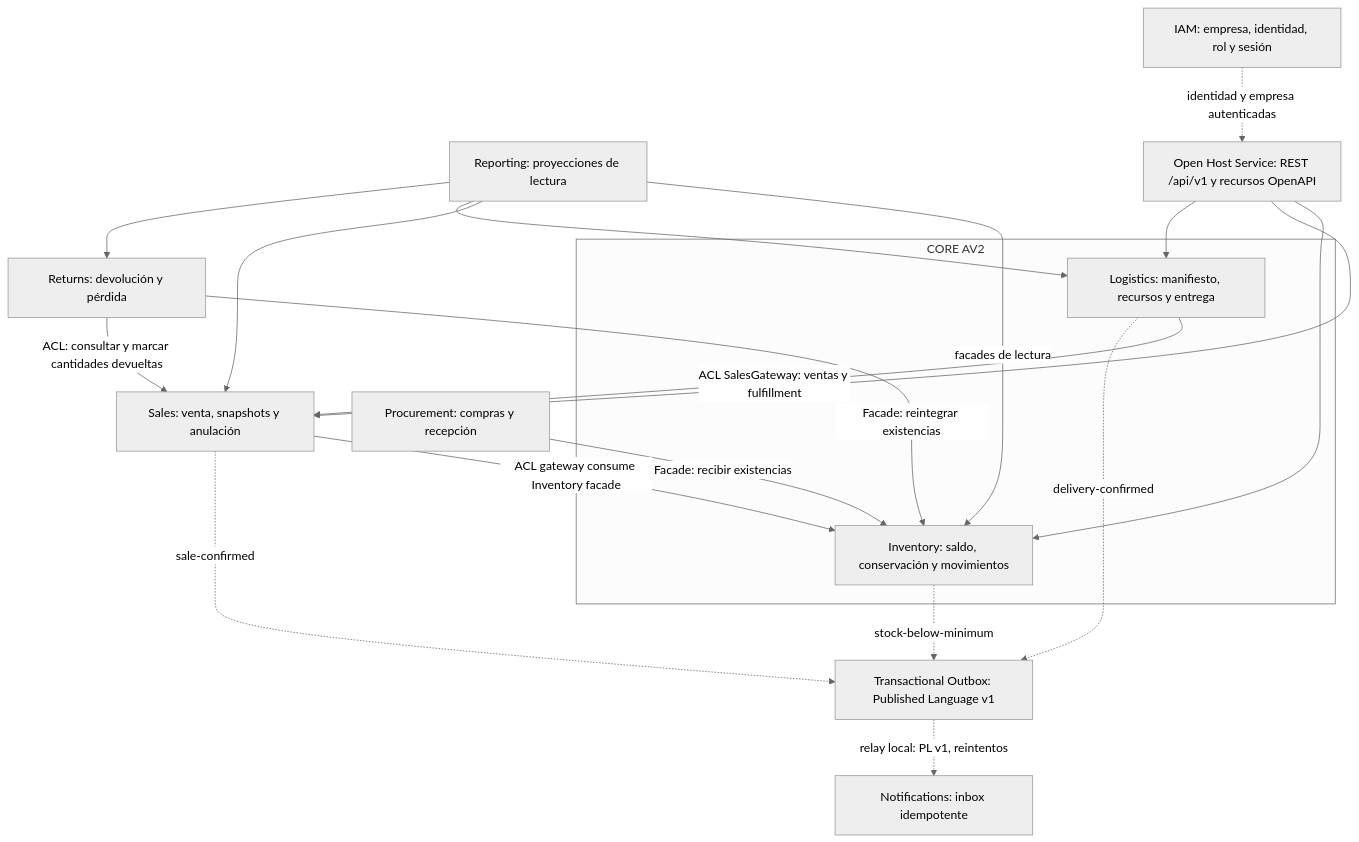
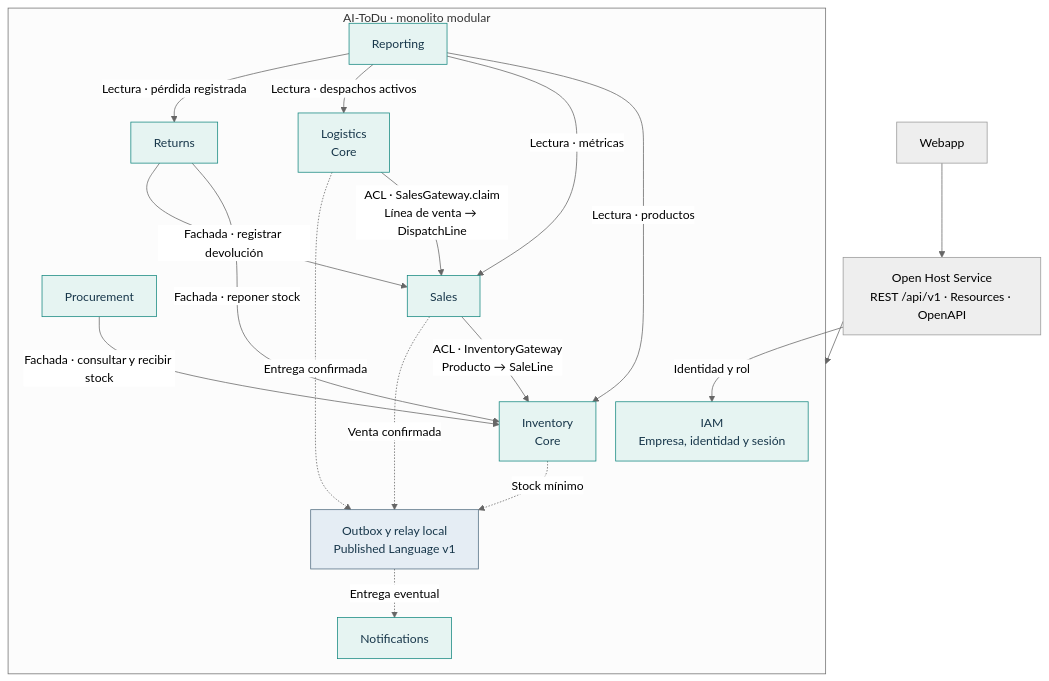
One commit to AI-ToDu/ai-todu-report changed the diagram in design/diagrams/context-map.mmd. Above: the diagram before and after it, drawn with Mermaid (neutral theme). The commit also changed 4 other files, not shown here.

First line of the commit message:
I distinguished ACLs, public facades, and Outbox delivery in the Context Map

```diff
--- a/design/diagrams/context-map.mmd
+++ b/design/diagrams/context-map.mmd
@@ -1,30 +1,36 @@
+---
+config:
+  flowchart:
+    nodeSpacing: 26
+    rankSpacing: 40
+---
 flowchart TB
- subgraph core["CORE AV2"]
- inventory["Inventory: saldo, conservación y movimientos"]
- logistics["Logistics: manifiesto, recursos y entrega"]
+ web["Webapp"] --> ohs["Open Host Service<br/>REST /api/v1 · Resources · OpenAPI"]
+ ohs --> platform
+ subgraph platform["AI-ToDu · monolito modular"]
+ inventory["Inventory<br/>Core"]:::context
+ logistics["Logistics<br/>Core"]:::context
+ procurement["Procurement"]:::context
+ sales["Sales"]:::context
+ returns["Returns"]:::context
+ reporting["Reporting"]:::context
+ notifications["Notifications"]:::context
+ iam["IAM<br/>Empresa, identidad y sesión"]:::context
+ outbox["Outbox y relay local<br/>Published Language v1"]:::integration
+ sales -->|"ACL · InventoryGateway<br/>Producto → SaleLine"| inventory
+ logistics -->|"ACL · SalesGateway.claim<br/>Línea de venta → DispatchLine"| sales
+ procurement -->|"Fachada · consultar y recibir stock"| inventory
+ returns -->|"Fachada · reponer stock"| inventory
+ returns -->|"Fachada · registrar devolución"| sales
+ reporting -->|"Lectura · productos"| inventory
+ reporting -->|"Lectura · métricas"| sales
+ reporting -->|"Lectura · despachos activos"| logistics
+ reporting -->|"Lectura · pérdida registrada"| returns
+ inventory -.->|"Stock mínimo"| outbox
+ sales -.->|"Venta confirmada"| outbox
+ logistics -.->|"Entrega confirmada"| outbox
+ outbox -.->|"Entrega eventual"| notifications
  end
- procurement["Procurement: compras y recepción"]
- sales["Sales: venta, snapshots y anulación"]
- returns["Returns: devolución y pérdida"]
- reporting["Reporting: proyecciones de lectura"]
- notifications["Notifications: inbox idempotente"]
- iam["IAM: empresa, identidad, rol y sesión"]
- ohs["Open Host Service: REST /api/v1 y recursos OpenAPI"]
- outbox["Transactional Outbox: Published Language v1"]
- sales -->|"ACL gateway consume Inventory facade"| inventory
- procurement -->|"Facade: recibir existencias"| inventory
- returns -->|"Facade: reintegrar existencias"| inventory
- returns -->|"ACL: consultar y marcar cantidades devueltas"| sales
- logistics -->|"ACL SalesGateway: ventas y fulfillment"| sales
- inventory -.->|"stock-below-minimum"| outbox
- sales -.->|"sale-confirmed"| outbox
- logistics -.->|"delivery-confirmed"| outbox
- outbox -.->|"relay local: PL v1, reintentos"| notifications
- reporting -->|"facades de lectura"| inventory
- reporting --> sales
- reporting --> logistics
- reporting --> returns
- ohs --> inventory
- ohs --> sales
- ohs --> logistics
- iam -.->|"identidad y empresa autenticadas"| ohs
+ ohs -->|"Identidad y rol"| iam
+ classDef context fill:#e6f4f2,stroke:#168880,color:#17364a
+ classDef integration fill:#e5edf4,stroke:#526d80,color:#17364a
```
